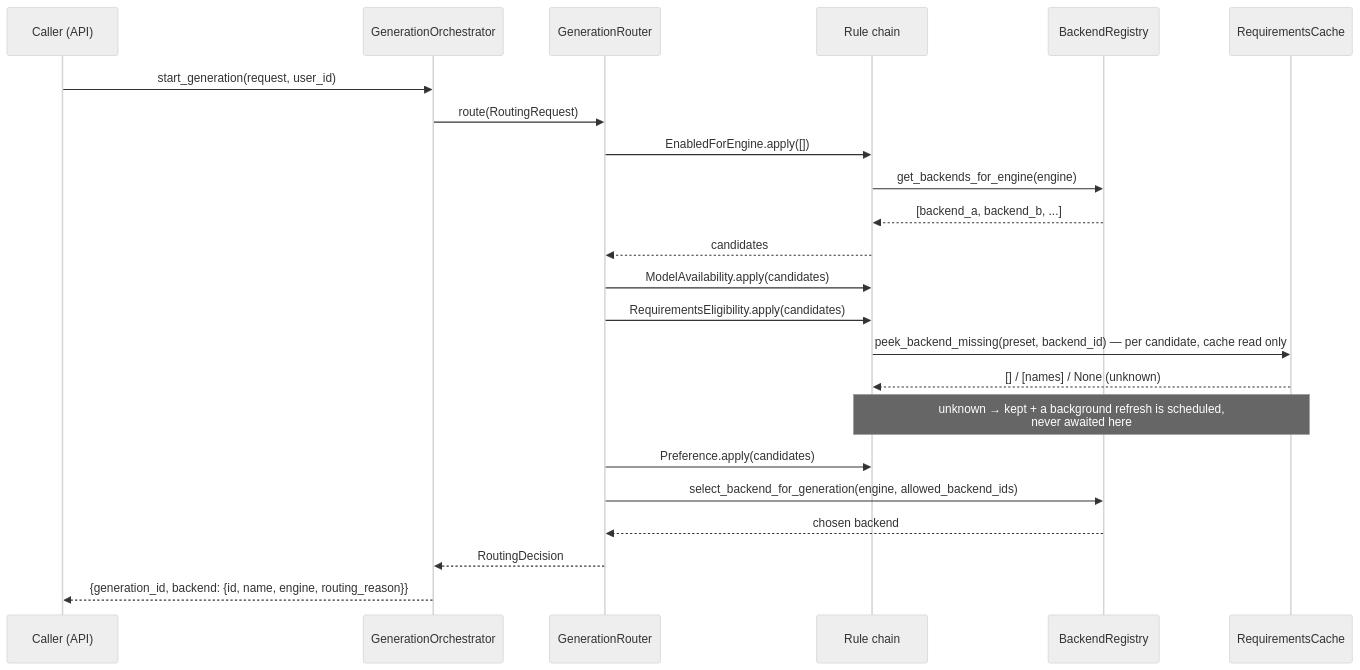
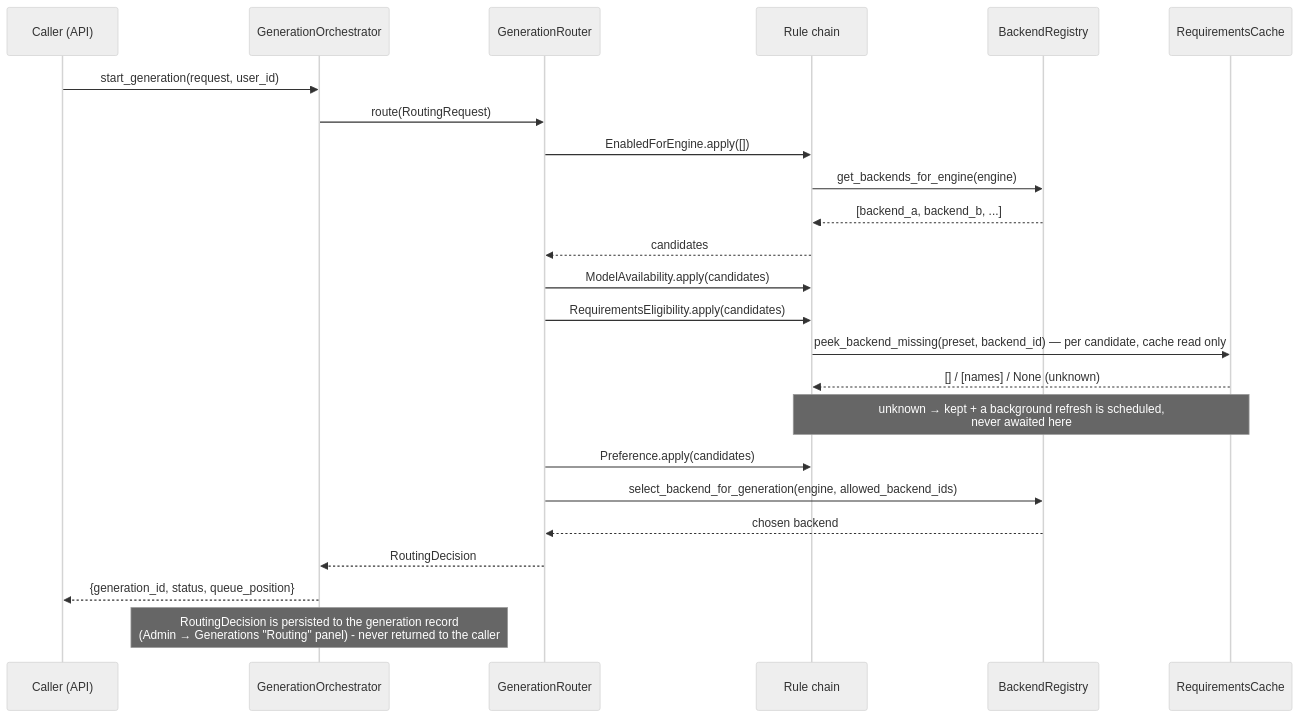
The second of 2 diagrams in docs/generation-routing.md (PotionUI/PotionUI), drawn with Mermaid (neutral theme) before and after one commit. The commit also changed other lines of this file and 13 other files, not shown here.

Commit message:
Generate page no longer shows which backend runs a generation; the live status and start response drop the backend and routing reason (Admin > Generations reads the persisted routing decision)

````diff
--- a/docs/generation-routing.md
+++ b/docs/generation-routing.md
@@ -57,26 +57,27 @@
 ```mermaid
 sequenceDiagram
     participant C as Caller (API)
     participant O as GenerationOrchestrator
     participant R as GenerationRouter
     participant Rules as Rule chain
     participant BR as BackendRegistry
     participant RC as RequirementsCache
 
     C->>O: start_generation(request, user_id)
     O->>R: route(RoutingRequest)
     R->>Rules: EnabledForEngine.apply([])
     Rules->>BR: get_backends_for_engine(engine)
     BR-->>Rules: [backend_a, backend_b, ...]
     Rules-->>R: candidates
     R->>Rules: ModelAvailability.apply(candidates)
     R->>Rules: RequirementsEligibility.apply(candidates)
     Rules->>RC: peek_backend_missing(preset, backend_id) — per candidate, cache read only
     RC-->>Rules: [] / [names] / None (unknown)
     Note over Rules,RC: unknown → kept + a background refresh is scheduled,<br/>never awaited here
     R->>Rules: Preference.apply(candidates)
     R->>BR: select_backend_for_generation(engine, allowed_backend_ids)
     BR-->>R: chosen backend
     R-->>O: RoutingDecision
-    O-->>C: {generation_id, backend: {id, name, engine, routing_reason}}
+    O-->>C: {generation_id, status, queue_position}
+    Note over O: RoutingDecision is persisted to the generation record<br/>(Admin → Generations "Routing" panel) - never returned to the caller
 ```
````
